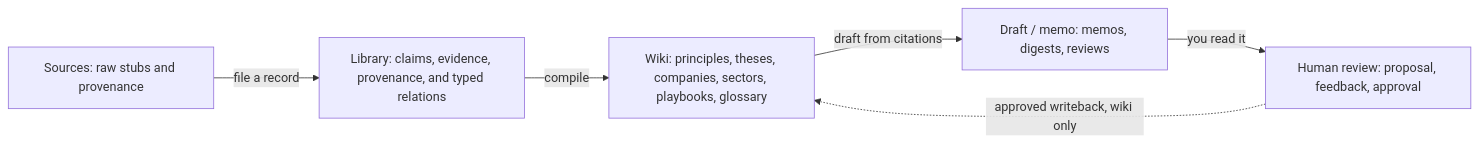
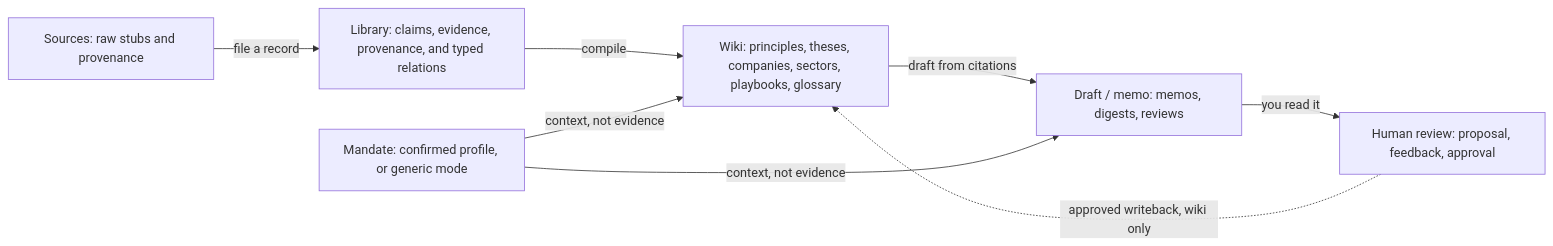
The diagram in README.md (sethchongss/investmentOS-secondbrain), drawn with Mermaid before and after one commit. The commit also changed other lines of this file and 63 other files, not shown here.

````diff
--- a/README.md
+++ b/README.md
@@ -19,13 +40,16 @@
 ```mermaid
 flowchart LR
+  mandate["Mandate: confirmed profile, or generic mode"]
   sources["Sources: raw stubs and provenance"]
   library["Library: claims, evidence, provenance, and typed relations"]
   wiki["Wiki: principles, theses, companies, sectors, playbooks, glossary"]
   draft["Draft / memo: memos, digests, reviews"]
   human["Human review: proposal, feedback, approval"]
   sources -->|file a record| library
   library -->|compile| wiki
   wiki -->|draft from citations| draft
   draft -->|you read it| human
   human -.->|approved writeback, wiki only| wiki
+  mandate -->|context, not evidence| wiki
+  mandate -->|context, not evidence| draft
 ```
````
